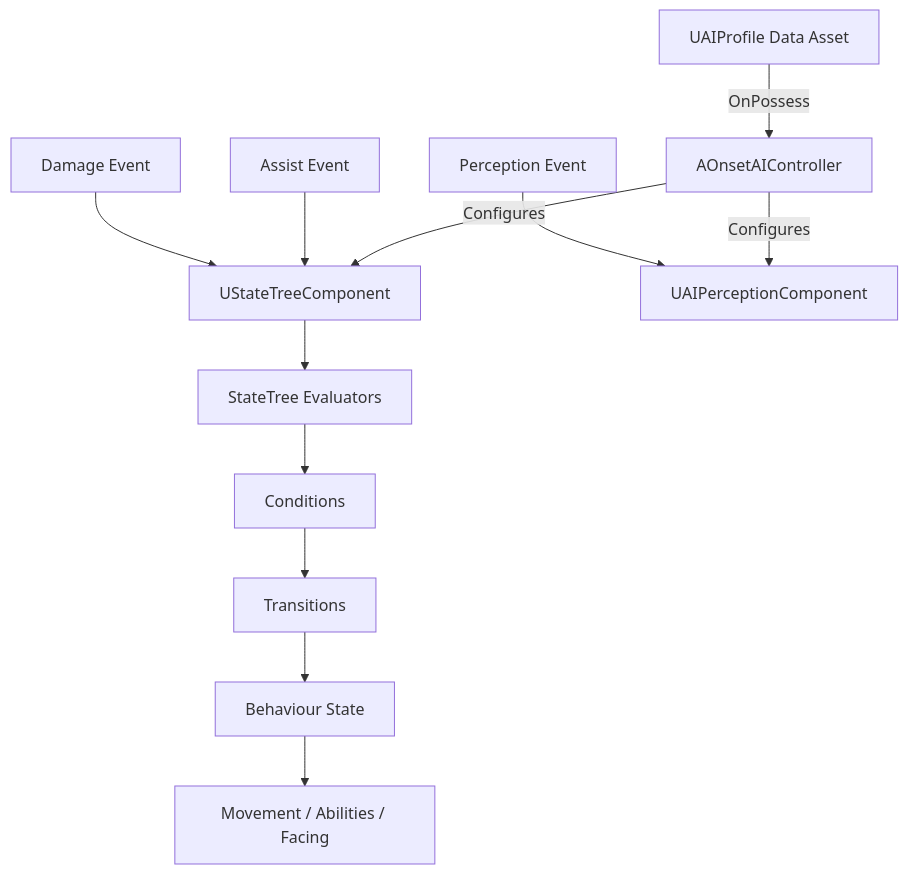
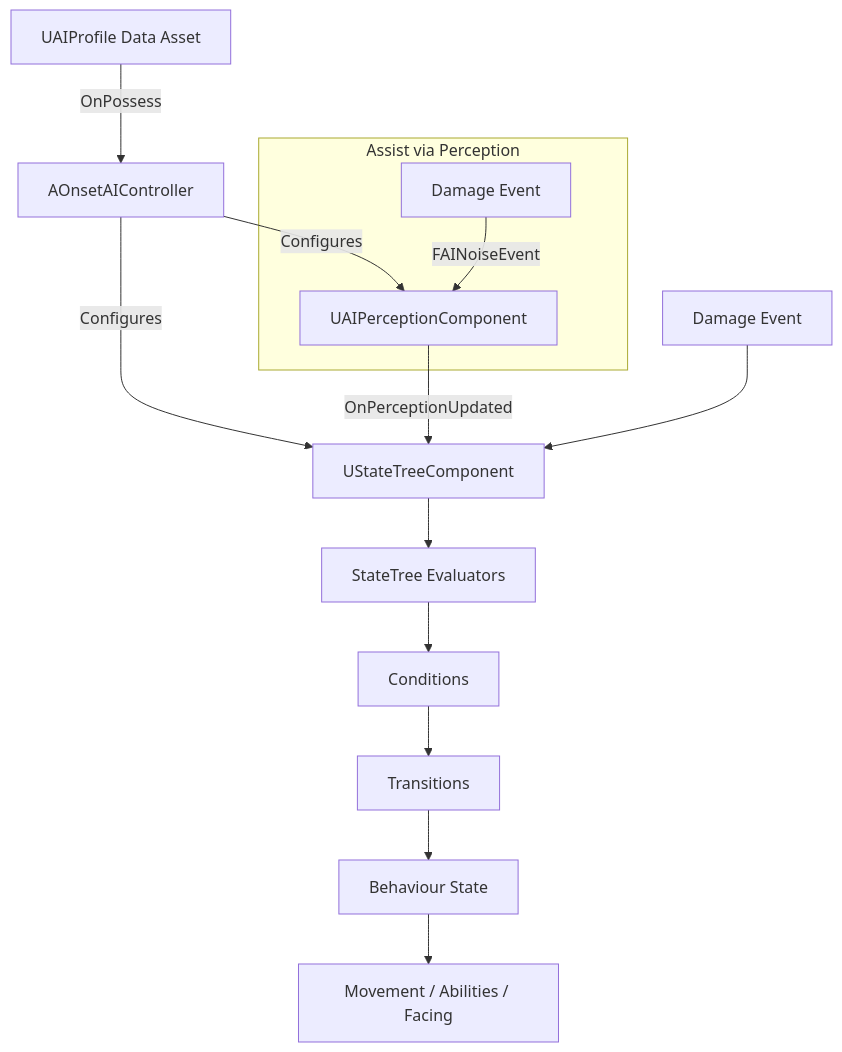
The second of 2 diagrams in Docs/AI/NPC_AI_System.md (maximoh-mmo/PortfolioTutorial), drawn with Mermaid before and after one commit. The commit also changed other lines of this file and 11 other files, not shown here.

````diff
--- a/Docs/AI/NPC_AI_System.md
+++ b/Docs/AI/NPC_AI_System.md
@@ -118,16 +119,19 @@
 ```mermaid
 flowchart TD
     Profile[UAIProfile Data Asset] -->|OnPossess| AIC[AOnsetAIController]
     AIC -->|Configures| STComp[UStateTreeComponent]
     AIC -->|Configures| PComp[UAIPerceptionComponent]
 
-    PE[Perception Event] --> PComp
-    AE[Assist Event] --> STComp
+    subgraph PE[Assist via Perception]
+        Dmg[Damage Event] -->|FAINoiseEvent| PComp
+    end
+
+    PComp -->|OnPerceptionUpdated| STComp
     DE[Damage Event] --> STComp
 
     STComp --> Eval[StateTree Evaluators]
     Eval --> Cond[Conditions]
     Cond --> Trans[Transitions]
     Trans --> State[Behaviour State]
     State --> Move[Movement / Abilities / Facing]
 ```
````
